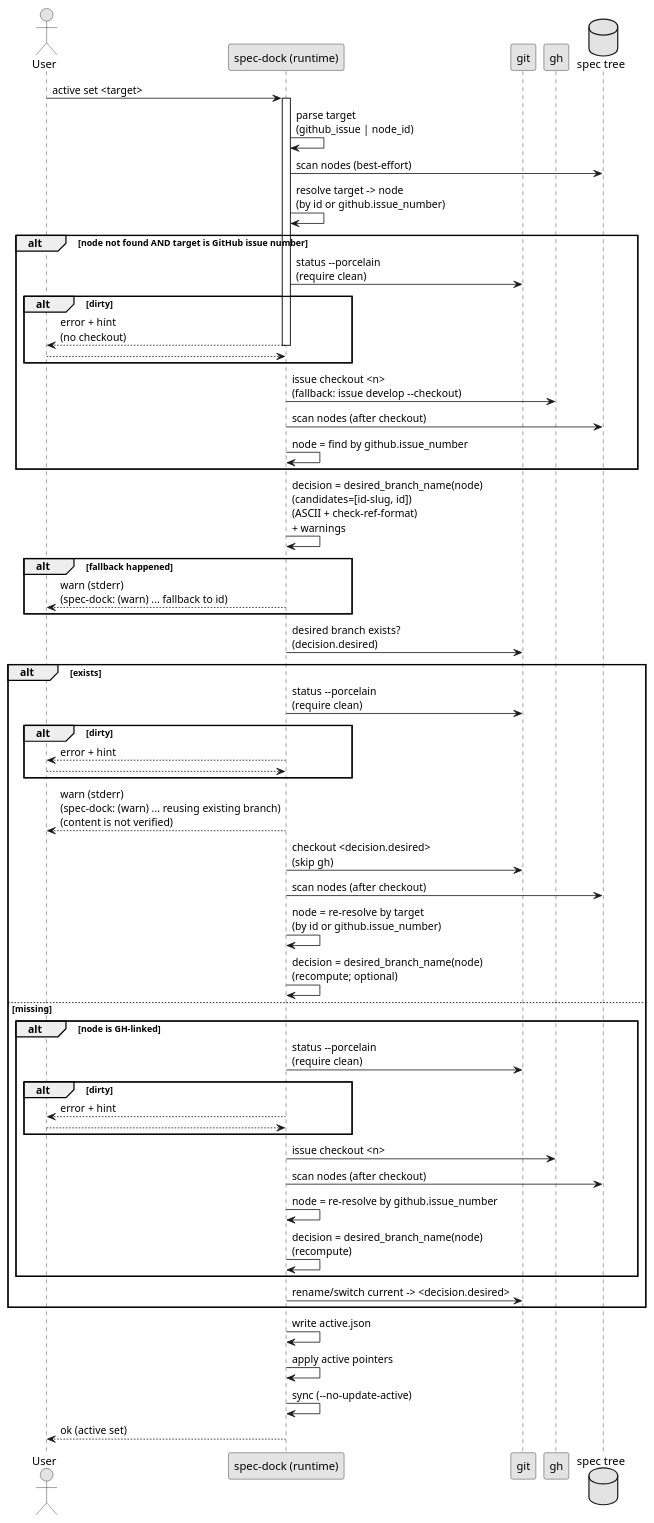
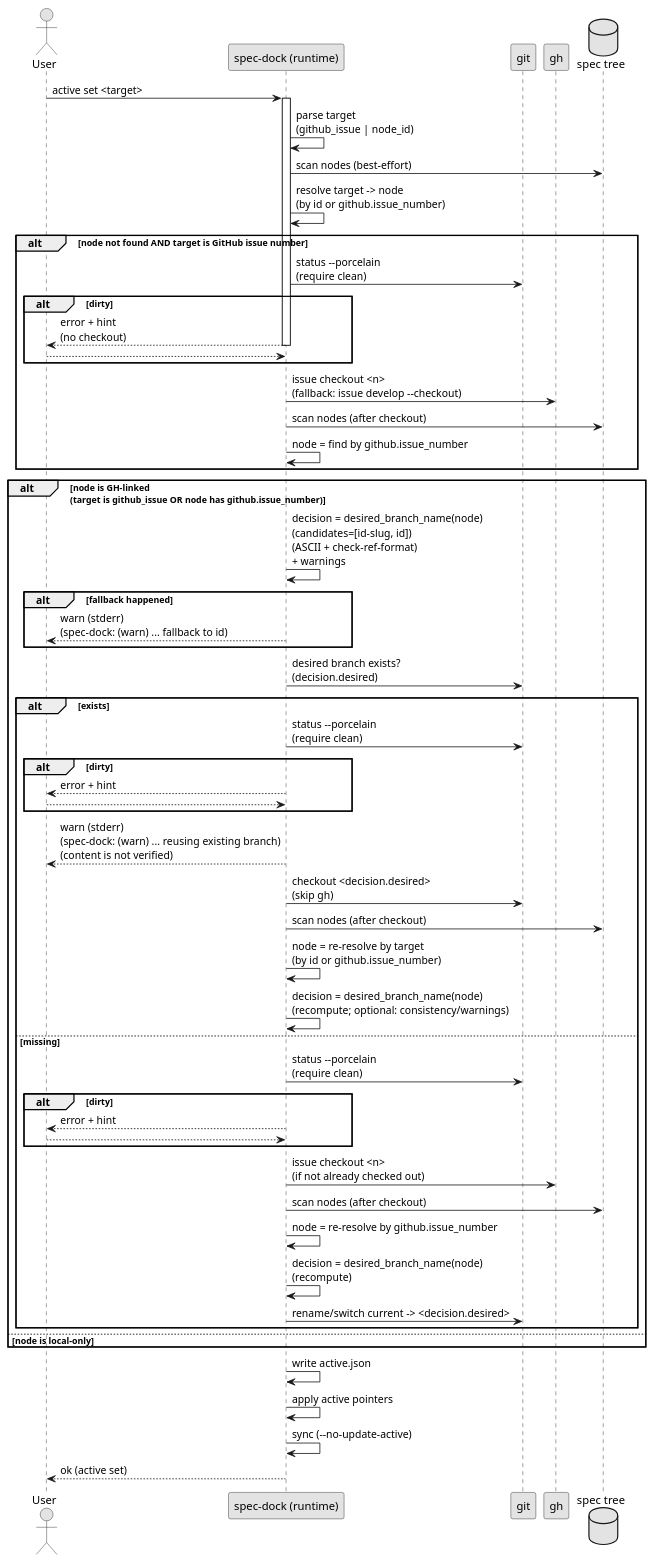
The first of 8 diagrams in tmp/issue-5/design.md (chemitaro/spec-dock), drawn with PlantUML before and after one commit. The commit also changed other lines of this file and 1 other file, not shown here.

Commit message:
docs(issue-5): active set の分岐設計を id-slug 方針へ更新 - plan.md の issue 情報を確定値で更新し、AC/EC・非機能要件・実施ステップを具体化 - new/import の title/slug 検証条件と副作用回避時の挙動を設計文書へ追記 - design.md の active set フローを checkout 対応分岐、既存 branch 再利用、fallback 警告へ更新

````diff
--- a/tmp/issue-5/design.md
+++ b/tmp/issue-5/design.md
@@ -77,70 +78,74 @@
 ```plantuml
 @startuml
 skinparam monochrome true
 
 actor User
 participant "spec-dock (runtime)" as Script
 participant "git" as Git
 participant "gh" as GH
 database "spec tree" as FS
 
 User -> Script: active set <target>
 activate Script
 
 Script -> Script: parse target\n(github_issue | node_id)
 Script -> FS: scan nodes (best-effort)
 Script -> Script: resolve target -> node\n(by id or github.issue_number)
 
 alt node not found AND target is GitHub issue number
   Script -> Git: status --porcelain\n(require clean)
   alt dirty
     Script --> User: error + hint\n(no checkout)
     deactivate Script
     return
   end
   Script -> GH: issue checkout <n>\n(fallback: issue develop --checkout)
   Script -> FS: scan nodes (after checkout)
   Script -> Script: node = find by github.issue_number
 end
 
-Script -> Script: decision = desired_branch_name(node)\n(candidates=[id-slug, id])\n(ASCII + check-ref-format)\n+ warnings
-alt fallback happened
-  Script --> User: warn (stderr)\n(spec-dock: (warn) ... fallback to id)
-end
+alt node is GH-linked\n(target is github_issue OR node has github.issue_number)
+  Script -> Script: decision = desired_branch_name(node)\n(candidates=[id-slug, id])\n(ASCII + check-ref-format)\n+ warnings
+  alt fallback happened
+    Script --> User: warn (stderr)\n(spec-dock: (warn) ... fallback to id)
+  end
 
-Script -> Git: desired branch exists?\n(decision.desired)
-alt exists
-  Script -> Git: status --porcelain\n(require clean)
-  alt dirty
-    Script --> User: error + hint
-    deactivate Script
-    return
-  end
-  Script --> User: warn (stderr)\n(spec-dock: (warn) ... reusing existing branch)\n(content is not verified)
-  Script -> Git: checkout <decision.desired>\n(skip gh)
-  Script -> FS: scan nodes (after checkout)
-  Script -> Script: node = re-resolve by target\n(by id or github.issue_number)
-  Script -> Script: decision = desired_branch_name(node)\n(recompute; optional)
-else missing
-  alt node is GH-linked
+  Script -> Git: desired branch exists?\n(decision.desired)
+  alt exists
     Script -> Git: status --porcelain\n(require clean)
     alt dirty
       Script --> User: error + hint
       deactivate Script
       return
     end
-    Script -> GH: issue checkout <n>
+    Script --> User: warn (stderr)\n(spec-dock: (warn) ... reusing existing branch)\n(content is not verified)
+    Script -> Git: checkout <decision.desired>\n(skip gh)
+    Script -> FS: scan nodes (after checkout)
+    Script -> Script: node = re-resolve by target\n(by id or github.issue_number)
+    Script -> Script: decision = desired_branch_name(node)\n(recompute; optional: consistency/warnings)
+  else missing
+    Script -> Git: status --porcelain\n(require clean)
+    alt dirty
+      Script --> User: error + hint
+      deactivate Script
+      return
+    end
+    Script -> GH: issue checkout <n>\n(if not already checked out)
     Script -> FS: scan nodes (after checkout)
     Script -> Script: node = re-resolve by github.issue_number
     Script -> Script: decision = desired_branch_name(node)\n(recompute)
+    Script -> Git: rename/switch current -> <decision.desired>
   end
-  Script -> Git: rename/switch current -> <decision.desired>
+else node is local-only
+  note right
+    Local-only node (no GitHub link)\n=> do not checkout/rename branches\n(update active.json only)
+  end note
 end
 
 Script -> Script: write active.json
 Script -> Script: apply active pointers
 Script -> Script: sync (--no-update-active)
 Script --> User: ok (active set)
 deactivate Script
 @enduml
 ```
````
